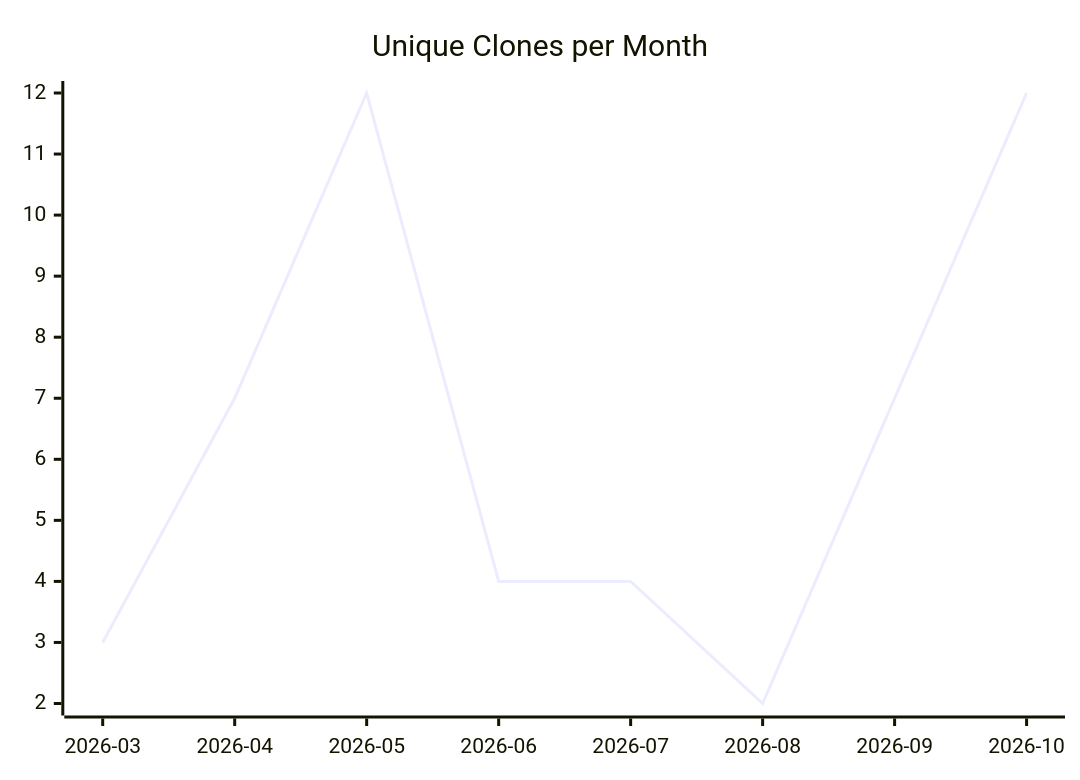
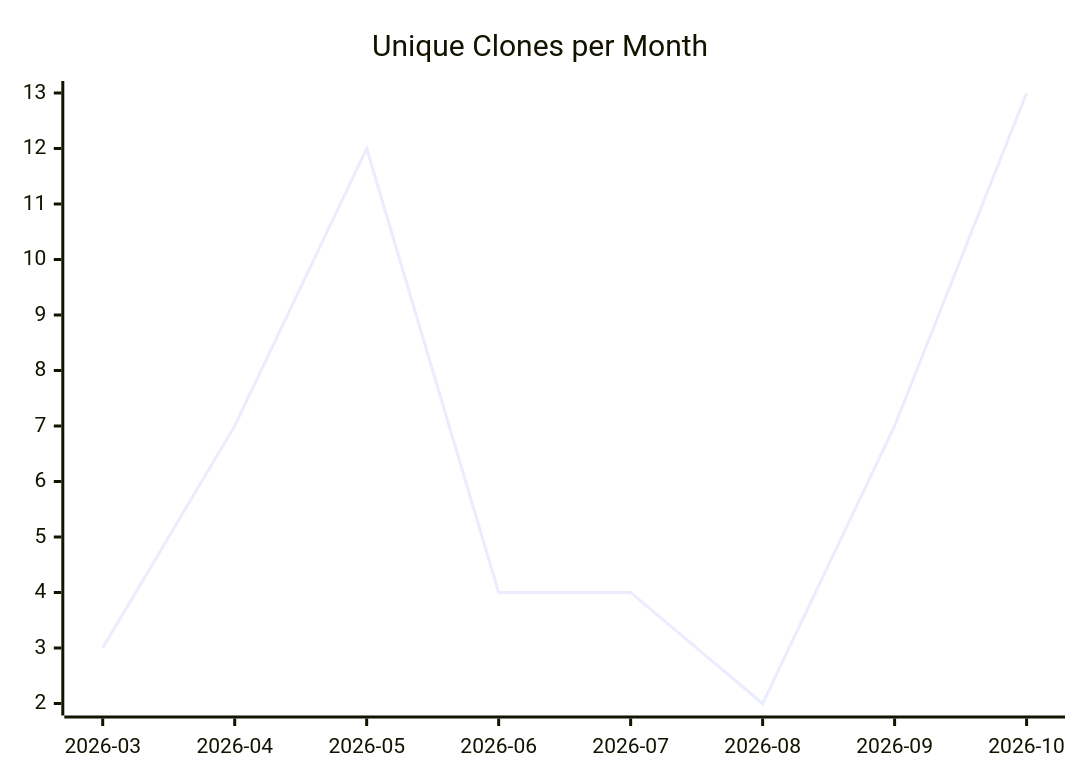
The third of 3 diagrams in karlmdavis/perfect-note/README.md (justdavis-family/github-analytics-data), drawn with Mermaid before and after one commit. The commit also changed other lines of this file and 200 other files, not shown here.

````diff
--- a/karlmdavis/perfect-note/README.md
+++ b/karlmdavis/perfect-note/README.md
@@ -19,6 +19,6 @@
 ```mermaid
 xychart-beta
   title "Unique Clones per Month"
   x-axis ["2026-03", "2026-04", "2026-05", "2026-06", "2026-07", "2026-08", "2026-09", "2026-10"]
-  line [3, 7, 12, 4, 4, 2, 7, 12]
+  line [3, 7, 12, 4, 4, 2, 7, 13]
 ```
````
